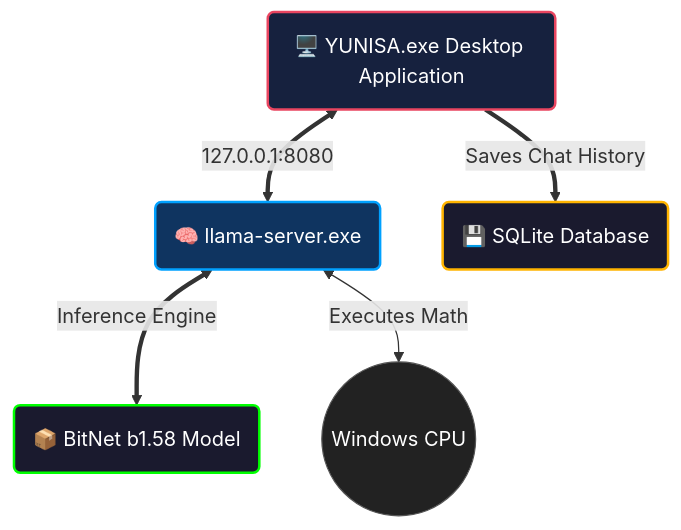
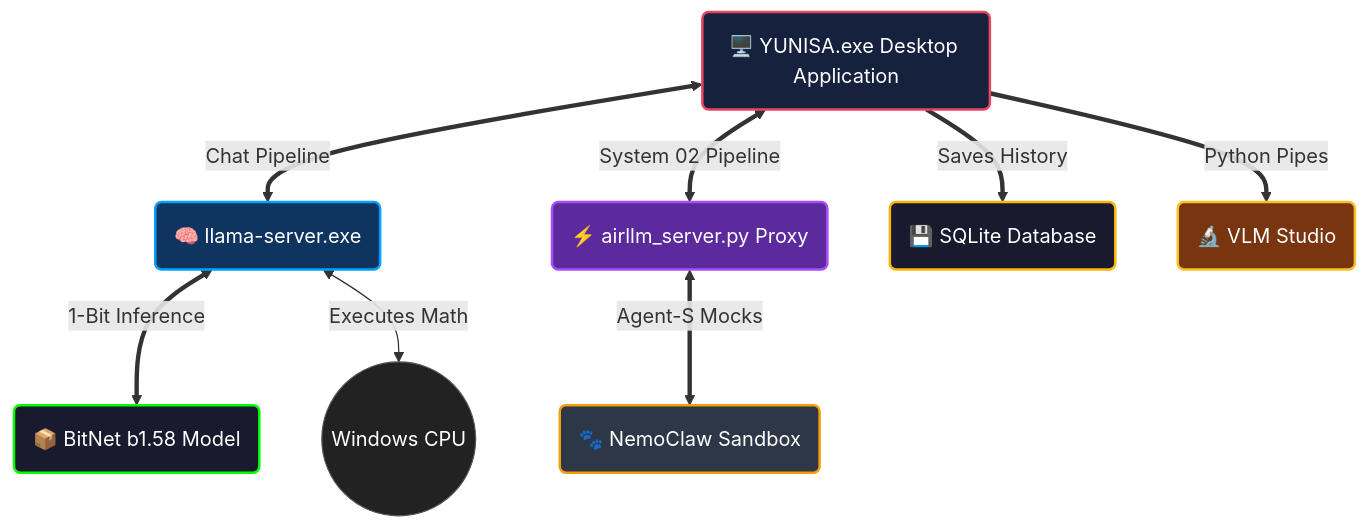
One commit to Mavioni/Yunisa changed the diagram in README.md. Above: the diagram before and after it, drawn with Mermaid. The commit also changed other lines of this file, not shown here.

Commit message:
docs(readme): document the new dual-engine routing, VLM studio, and UI/UX aesthetic updates

````diff
--- a/README.md
+++ b/README.md
@@ -82,19 +99,28 @@
 ```mermaid
 flowchart TD
     UI(🖥️ YUNISA.exe Desktop Application)
     SERVER(🧠 llama-server.exe)
+    AIRLLM(⚡ airllm_server.py Proxy)
     DB(💾 SQLite Database)
-    MODEL(📦 BitNet b1.58 Model)
+    BITNET(📦 BitNet b1.58 Model)
+    AGENT(🐾 NemoClaw Sandbox)
+    VLM(🔬 VLM Studio)
     OS((Windows CPU))
 
-    UI <==> |127.0.0.1:8080| SERVER
-    SERVER <==> |Inference Engine| MODEL
-    UI ==> |Saves Chat History| DB
+    UI <==> |Chat Pipeline| SERVER
+    SERVER <==> |1-Bit Inference| BITNET
+    UI <==> |System 02 Pipeline| AIRLLM
+    AIRLLM <==> |Agent-S Mocks| AGENT
+    UI ==> |Saves History| DB
+    UI ==> |Python Pipes| VLM
     SERVER <--> |Executes Math| OS
 
     style UI fill:#16213e,stroke:#e94560,stroke-width:2px,color:#fff
     style SERVER fill:#0f3460,stroke:#00a1ff,stroke-width:2px,color:#fff
+    style AIRLLM fill:#5c2a9d,stroke:#a64dff,stroke-width:2px,color:#fff
     style DB fill:#1a1a2e,stroke:#ffb400,stroke-width:2px,color:#fff
-    style MODEL fill:#1a1a2e,stroke:#00ff00,stroke-width:2px,color:#fff
+    style BITNET fill:#1a1a2e,stroke:#00ff00,stroke-width:2px,color:#fff
+    style AGENT fill:#2d3748,stroke:#f59e0b,stroke-width:2px,color:#fff
+    style VLM fill:#78350f,stroke:#fbbf24,stroke-width:2px,color:#fff
     style OS fill:#222,stroke:#555,color:#fff
 ```
````
